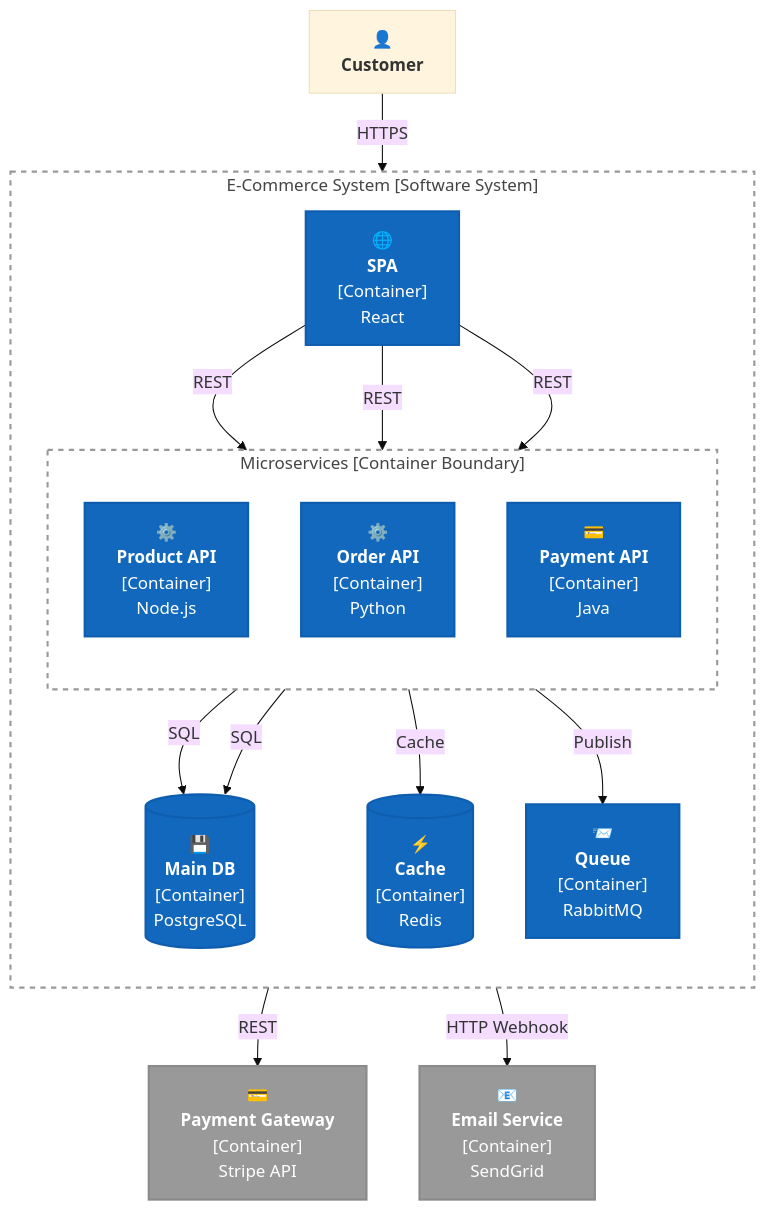
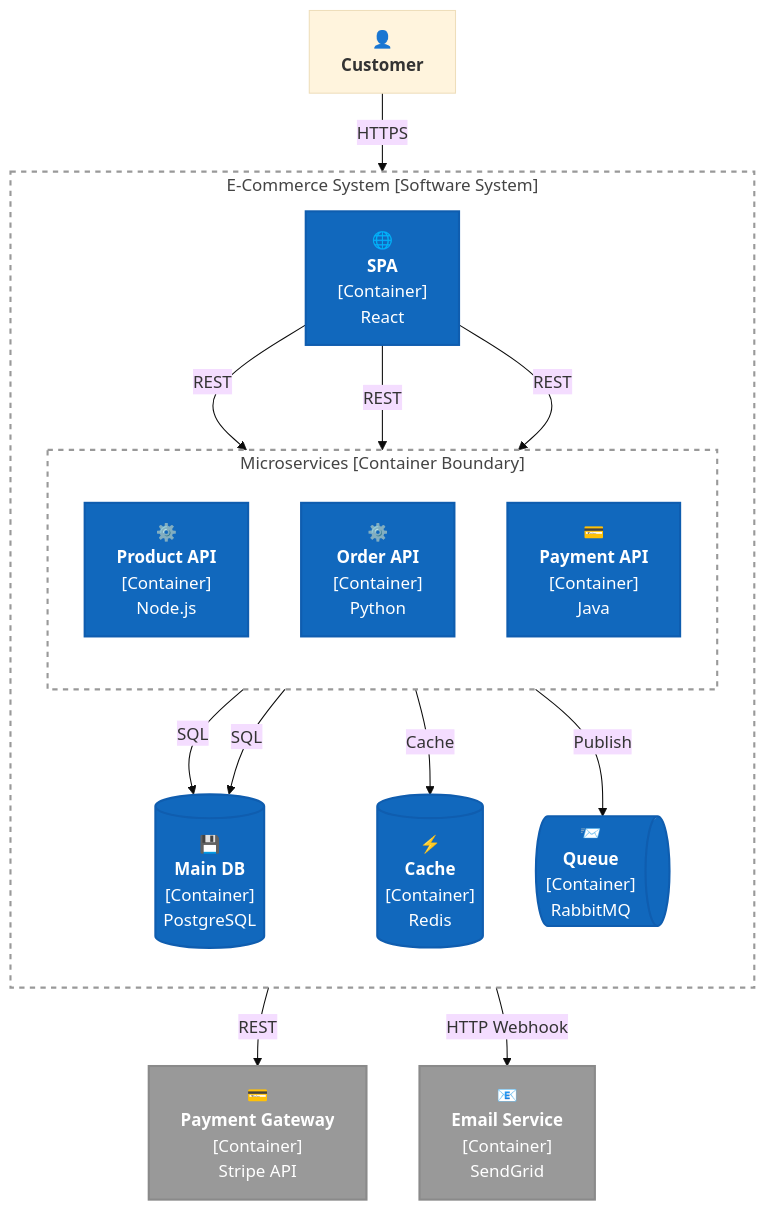
Before and after one commit to LockTar/C4-Modeling-in-Mermaid: the second of 6 diagrams in C4-cheatsheets/C4-Container-Diagram-Mermaid-Flowchart-Cheatsheet.md, drawn with Mermaid (base theme). The commit also changed other lines of this file and 2 other files, not shown here.

Commit message:
Update queue shapes and labels in C4 cheatsheets for consistency

````diff
--- a/C4-cheatsheets/C4-Container-Diagram-Mermaid-Flowchart-Cheatsheet.md
+++ b/C4-cheatsheets/C4-Container-Diagram-Mermaid-Flowchart-Cheatsheet.md
@@ -93,50 +93,50 @@
 ```mermaid
 flowchart TB
     classDef Container fill:#1168bd,stroke:#0f5daf,color:#fff,stroke-width:2px;
     classDef ContainerDb fill:#1168bd,stroke:#0f5daf,color:#fff,stroke-width:2px;
     classDef ContainerExt fill:#999999,stroke:#8a8a8a,color:#fff,stroke-width:2px;
     classDef ContainerBoundary fill:none,stroke:#999,stroke-width:2px,stroke-dasharray: 5 5,color:#444;
 
     user["👤<br/><b>Customer</b>"]
 
     subgraph sys["E-Commerce System [Software System]"]
         direction TB
 
         spa["🌐<br/><b>SPA</b><br/>[Container]<br/>React"]
 
         subgraph services["Microservices [Container Boundary]"]
             direction TB
             productapi["⚙️<br/><b>Product API</b><br/>[Container]<br/>Node.js"]
             orderapi["⚙️<br/><b>Order API</b><br/>[Container]<br/>Python"]
             paymentapi["💳<br/><b>Payment API</b><br/>[Container]<br/>Java"]
         end
         class services ContainerBoundary
 
         maindb[("💾<br/><b>Main DB</b><br/>[Container]<br/>PostgreSQL")]
         cache[("⚡<br/><b>Cache</b><br/>[Container]<br/>Redis")]
-        queue["📨<br/><b>Queue</b><br/>[Container]<br/>RabbitMQ"]
+        queue@{ shape: das, label: "📨<br/><b>Queue</b><br/>[Container]<br/>RabbitMQ" }
 
         class spa,productapi,orderapi,paymentapi,queue Container
         class maindb,cache ContainerDb
 
         spa -->|REST| productapi
         spa -->|REST| orderapi
         spa -->|REST| paymentapi
 
         productapi -->|SQL| maindb
         orderapi -->|SQL| maindb
         paymentapi -->|Cache| cache
 
         orderapi -->|Publish| queue
     end
     class sys ContainerBoundary;
 
     paymentgateway["💳<br/><b>Payment Gateway</b><br/>[Container]<br/>Stripe API"]
     email["📧<br/><b>Email Service</b><br/>[Container]<br/>SendGrid"]
 
     class paymentgateway,email ContainerExt
 
     user -->|HTTPS| spa
     paymentapi -->|REST| paymentgateway
     queue -->|HTTP Webhook| email
 ```
````
